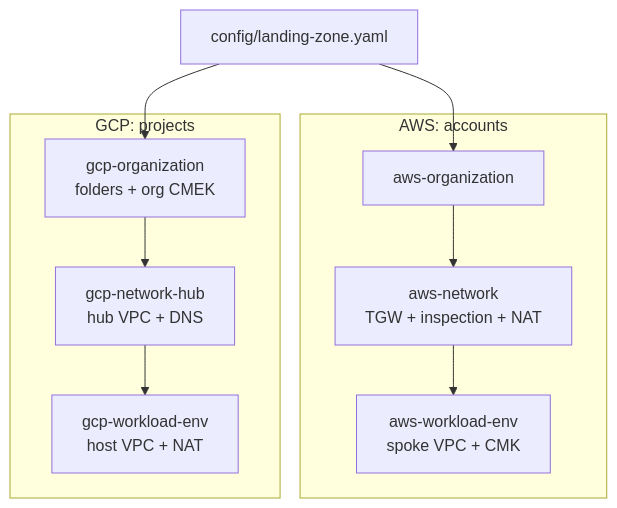
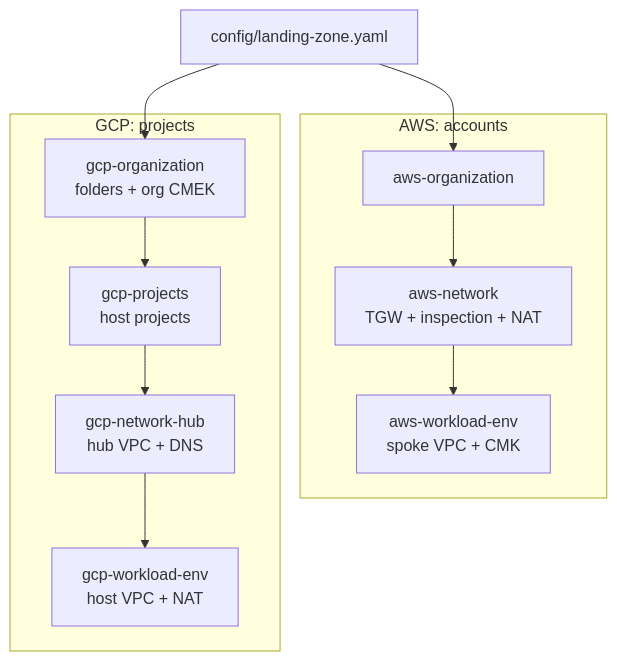
The diagram in examples/system-design/00-primer.md (EdwinKassier/Ashes-Devops-Tools), drawn with Mermaid before and after one commit. The commit also changed other lines of this file, not shown here.

````diff
--- a/examples/system-design/00-primer.md
+++ b/examples/system-design/00-primer.md
@@ -287,18 +289,19 @@
 ```mermaid
 graph TB
     cfg["config/landing-zone.yaml"]
     subgraph aws["AWS: accounts"]
         aorg["aws-organization"]
         anet["aws-network<br/>TGW + inspection + NAT"]
         awl["aws-workload-env<br/>spoke VPC + CMK"]
     end
     subgraph gcp["GCP: projects"]
         gorg["gcp-organization<br/>folders + org CMEK"]
+        gproj["gcp-projects<br/>host projects"]
         ghub["gcp-network-hub<br/>hub VPC + DNS"]
         gwl["gcp-workload-env<br/>host VPC + NAT"]
     end
     cfg --> aorg
     cfg --> gorg
     aorg --> anet --> awl
-    gorg --> ghub --> gwl
+    gorg --> gproj --> ghub --> gwl
 ```
````
